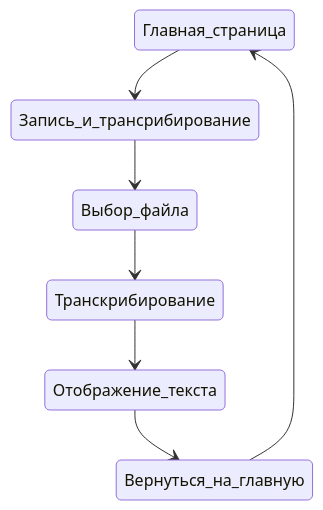
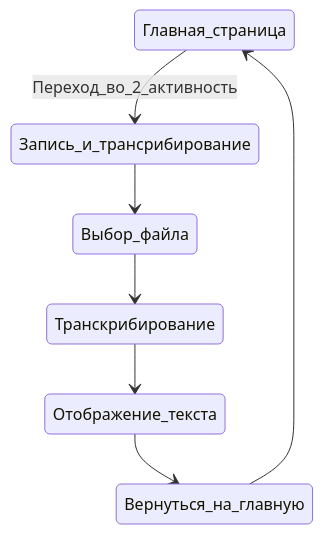
One commit to Retnug228/Lab3Orpo changed the first of 6 diagrams in docs/behavior.md. Above: the diagram before and after it, drawn with Mermaid. The commit also changed other lines of this file, not shown here.

````diff
--- a/docs/behavior.md
+++ b/docs/behavior.md
@@ -11,9 +11,9 @@
 ```mermaid
 stateDiagram
-    Главная_страница --> Запись_и_трансрибирование
+    Главная_страница --> Запись_и_трансрибирование: Переход_во_2_активность 
     Запись_и_трансрибирование --> Выбор_файла
     Выбор_файла --> Транскрибирование
     Транскрибирование --> Отображение_текста
     Отображение_текста --> Вернуться_на_главную
     Вернуться_на_главную -->Главная_страница
 ```
````
